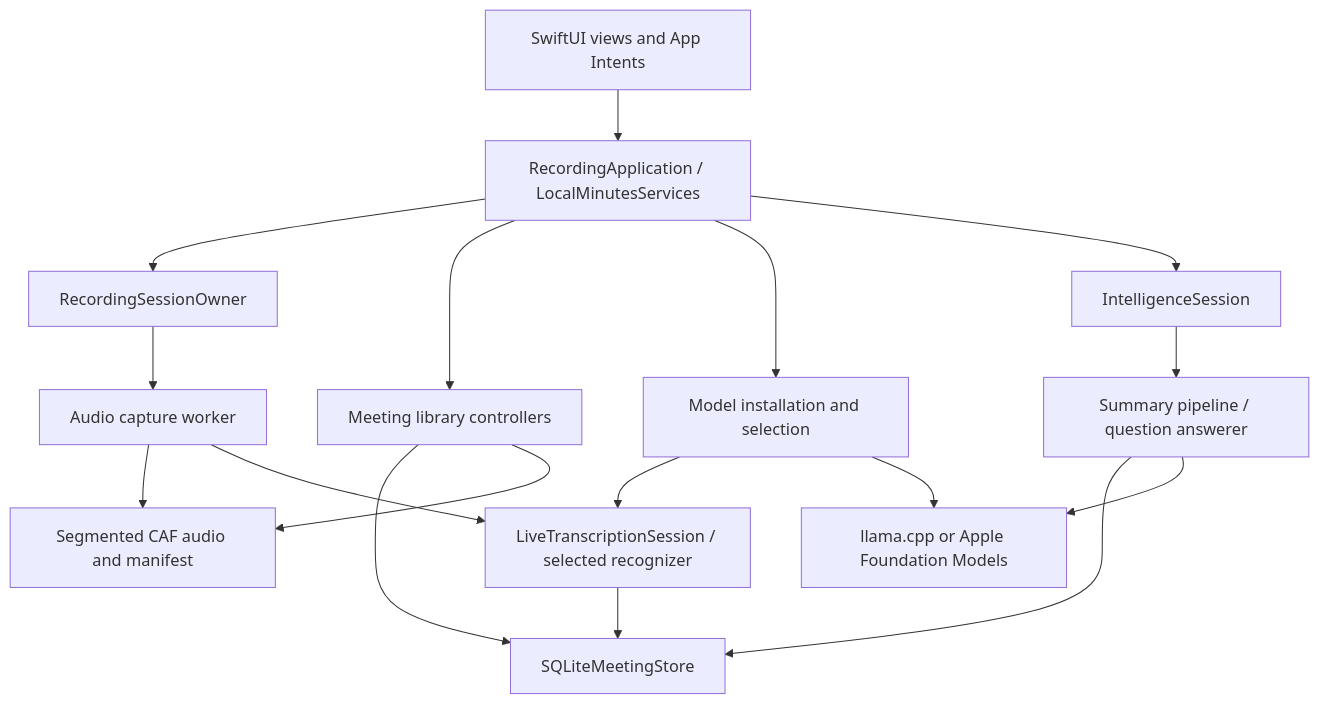
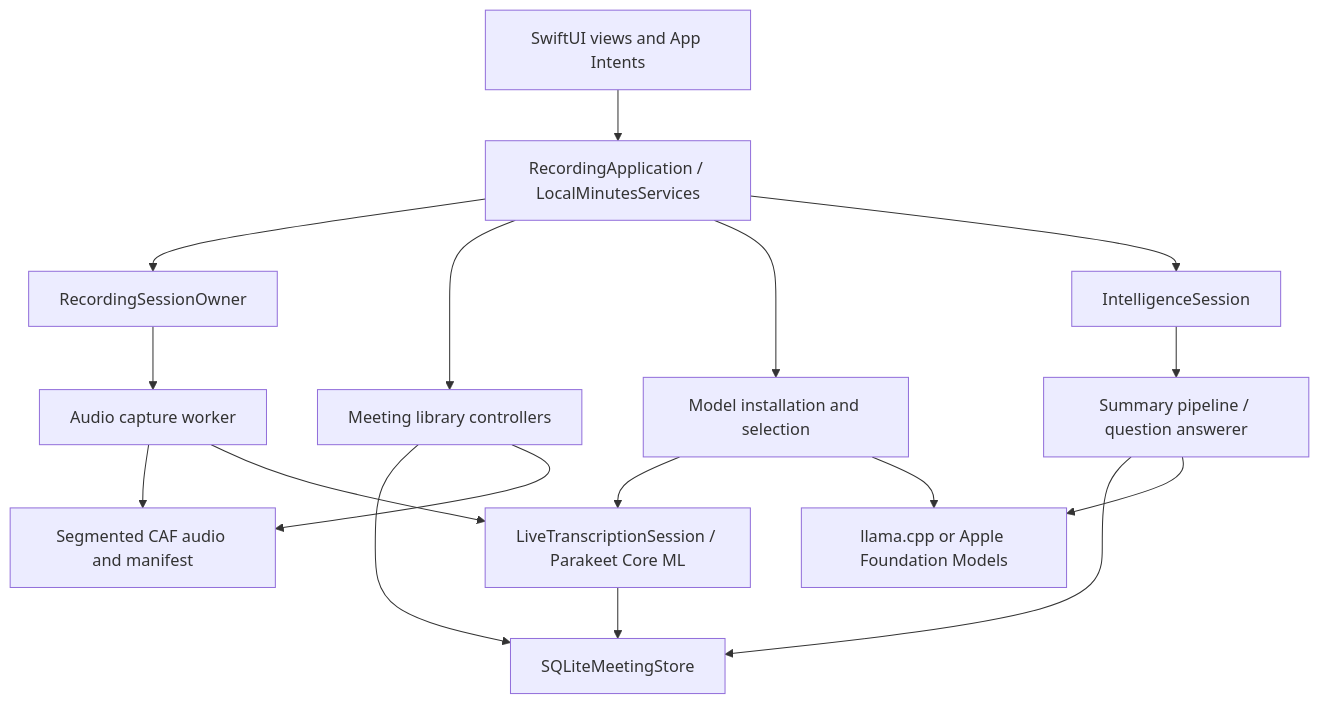
The first of 2 diagrams in ARCHITECTURE.md (niranjankaruna/localminutes-ios), drawn with Mermaid before and after one commit. The commit also changed other lines of this file and 72 other files, not shown here.

````diff
--- a/ARCHITECTURE.md
+++ b/ARCHITECTURE.md
@@ -11,19 +11,19 @@
 ```mermaid
 flowchart TD
     UI[SwiftUI views and App Intents] --> App[RecordingApplication / LocalMinutesServices]
     App --> Owner[RecordingSessionOwner]
     App --> Library[Meeting library controllers]
     App --> Models[Model installation and selection]
     App --> Intelligence[IntelligenceSession]
     Owner --> Capture[Audio capture worker]
     Capture --> CAF[Segmented CAF audio and manifest]
-    Capture --> ASR[LiveTranscriptionSession / selected recognizer]
+    Capture --> ASR[LiveTranscriptionSession / Parakeet Core ML]
     ASR --> Store[SQLiteMeetingStore]
     Library --> Store
     Library --> CAF
     Intelligence --> Summary[Summary pipeline / question answerer]
     Summary --> Store
     Summary --> Runtime[llama.cpp or Apple Foundation Models]
     Models --> ASR
     Models --> Runtime
 ```
````
